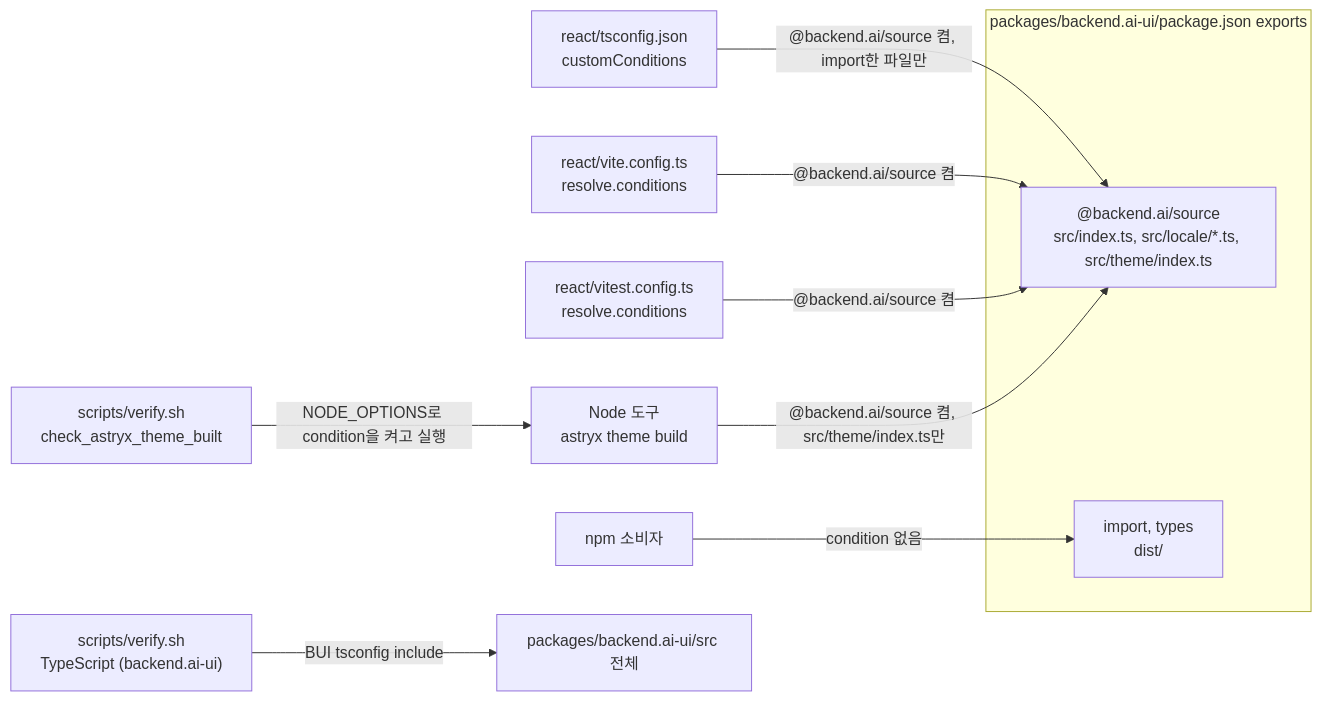
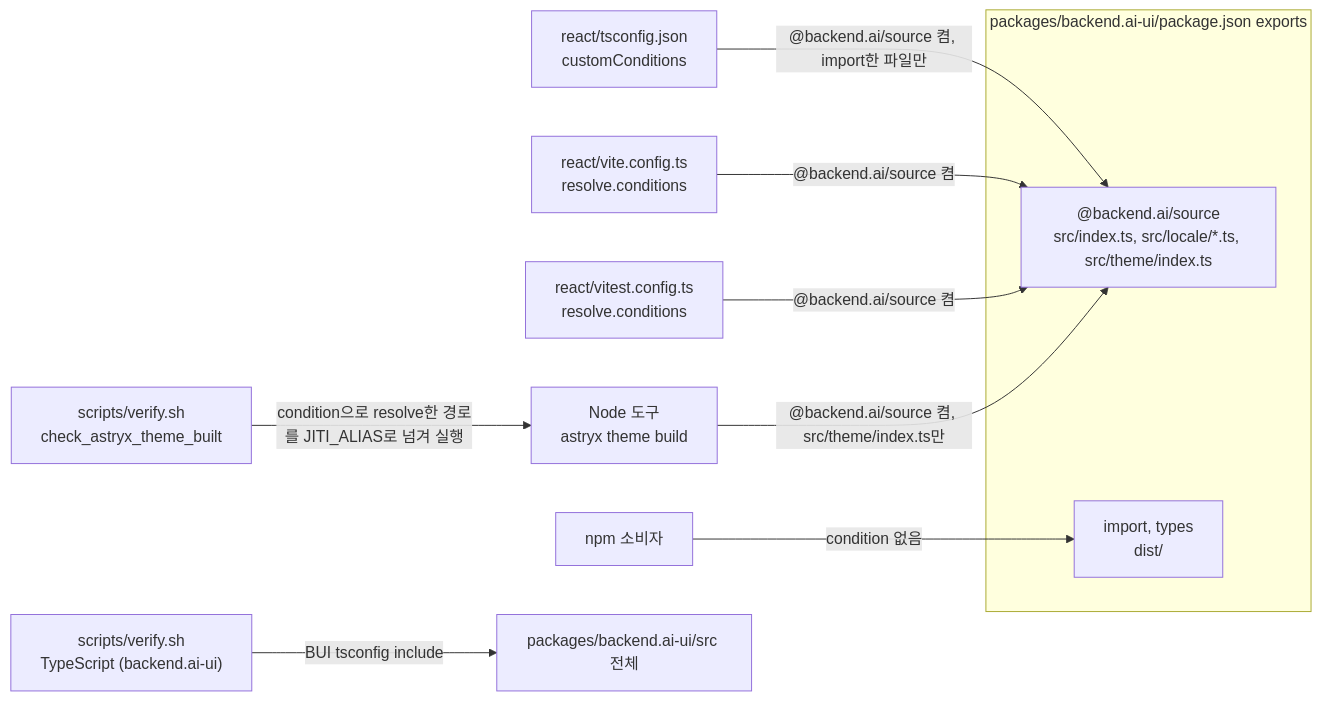
One commit to lablup/backend.ai-webui changed the diagram in docs/adr/0013-source-export-condition-for-backend-ai-ui.md. Above: the diagram before and after it, drawn with Mermaid. The commit also changed other lines of this file and 4 other files, not shown here.

````diff
--- a/docs/adr/0013-source-export-condition-for-backend-ai-ui.md
+++ b/docs/adr/0013-source-export-condition-for-backend-ai-ui.md
@@ -21,22 +21,22 @@
 ```mermaid
 flowchart LR
   subgraph bui["packages/backend.ai-ui/package.json exports"]
     src["@backend.ai/source<br/>src/index.ts, src/locale/*.ts, src/theme/index.ts"]
     dist["import, types<br/>dist/"]
   end
   tsc["react/tsconfig.json<br/>customConditions"]
   vite["react/vite.config.ts<br/>resolve.conditions"]
   vitest["react/vitest.config.ts<br/>resolve.conditions"]
   node["Node 도구<br/>astryx theme build"]
   npm["npm 소비자"]
   verify["scripts/verify.sh<br/>check_astryx_theme_built"]
   buitsc["scripts/verify.sh<br/>TypeScript (backend.ai-ui)"]
   srcdir["packages/backend.ai-ui/src 전체"]
   tsc -- "@backend.ai/source 켬, import한 파일만" --> src
   buitsc -- "BUI tsconfig include" --> srcdir
   vite -- "@backend.ai/source 켬" --> src
   vitest -- "@backend.ai/source 켬" --> src
-  verify -- "NODE_OPTIONS로 condition을 켜고 실행" --> node
+  verify -- "condition으로 resolve한 경로를 JITI_ALIAS로 넘겨 실행" --> node
   node -- "@backend.ai/source 켬, src/theme/index.ts만" --> src
   npm -- "condition 없음" --> dist
 ```
````
